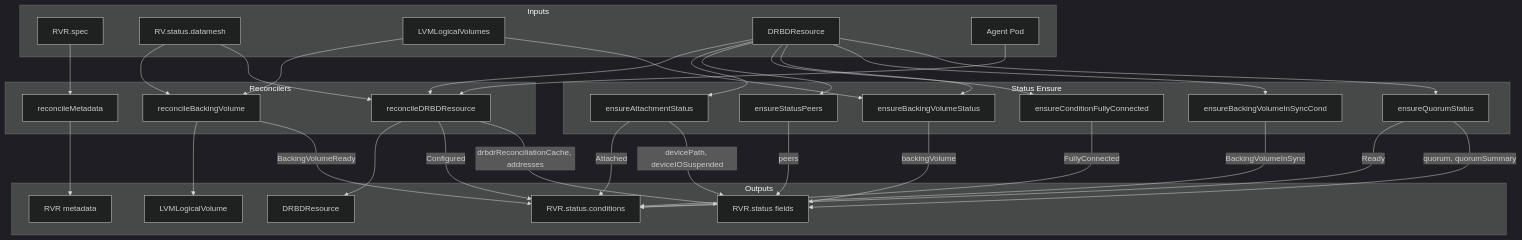
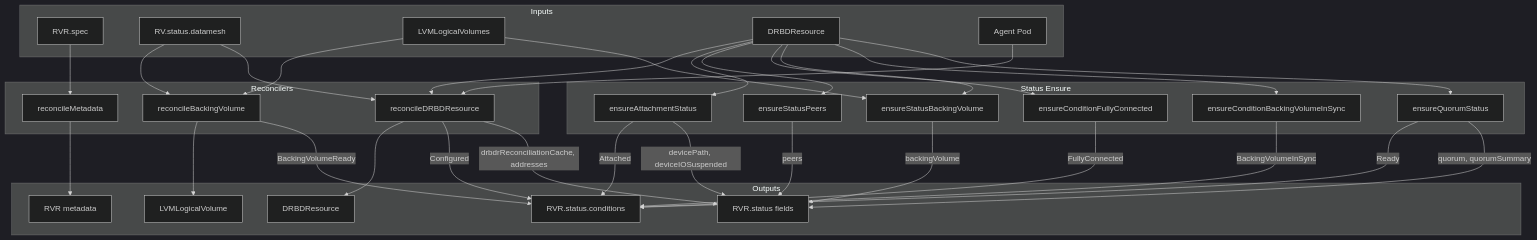
Before and after one commit to deckhouse/sds-replicated-volume: the second of 11 diagrams in images/controller/internal/controllers/rvr_controller/README.md, drawn with Mermaid (dark theme). The commit also changed other lines of this file and 2 other files, not shown here.

First line of the commit message:
[controller/rvr] Rename ensure* helpers for naming consistency

````diff
--- a/images/controller/internal/controllers/rvr_controller/README.md
+++ b/images/controller/internal/controllers/rvr_controller/README.md
@@ -427,64 +427,64 @@
 ```mermaid
 flowchart TD
     subgraph inputs [Inputs]
         RVRSpec[RVR.spec]
         RVStatus[RV.status.datamesh]
         LLVs[LVMLogicalVolumes]
         DRBDR[DRBDResource]
         AgentPod[Agent Pod]
     end
 
     subgraph reconcilers [Reconcilers]
         ReconcileMeta[reconcileMetadata]
         ReconcileBV[reconcileBackingVolume]
         ReconcileDRBD[reconcileDRBDResource]
     end
 
     subgraph statusEnsure [Status Ensure]
         EnsureAttach[ensureAttachmentStatus]
         EnsureStatusPeers[ensureStatusPeers]
         EnsureCondFC[ensureConditionFullyConnected]
-        EnsureBVStatus[ensureBackingVolumeStatus]
-        EnsureBVInSync[ensureBackingVolumeInSyncCond]
+        EnsureBVStatus[ensureStatusBackingVolume]
+        EnsureBVInSync[ensureConditionBackingVolumeInSync]
         EnsureQuorum[ensureQuorumStatus]
     end
 
     subgraph outputs [Outputs]
         RVRMeta[RVR metadata]
         RVRStatusConds[RVR.status.conditions]
         RVRStatusFields[RVR.status fields]
         LLVManaged[LVMLogicalVolume]
         DRBDRManaged[DRBDResource]
     end
 
     RVRSpec --> ReconcileMeta
     RVStatus --> ReconcileBV
     RVStatus --> ReconcileDRBD
     LLVs --> ReconcileBV
     DRBDR --> ReconcileDRBD
     AgentPod --> ReconcileDRBD
 
     ReconcileMeta --> RVRMeta
     ReconcileBV --> LLVManaged
     ReconcileBV -->|BackingVolumeReady| RVRStatusConds
     ReconcileDRBD --> DRBDRManaged
     ReconcileDRBD -->|Configured| RVRStatusConds
     ReconcileDRBD -->|drbdrReconciliationCache, addresses| RVRStatusFields
 
     DRBDR --> EnsureAttach
     DRBDR --> EnsureStatusPeers
     DRBDR --> EnsureCondFC
     DRBDR --> EnsureBVStatus
     DRBDR --> EnsureBVInSync
     DRBDR --> EnsureQuorum
     LLVs --> EnsureBVStatus
 
     EnsureAttach -->|Attached| RVRStatusConds
     EnsureAttach -->|devicePath, deviceIOSuspended| RVRStatusFields
     EnsureStatusPeers -->|peers| RVRStatusFields
     EnsureCondFC -->|FullyConnected| RVRStatusConds
     EnsureBVStatus -->|backingVolume| RVRStatusFields
     EnsureBVInSync -->|BackingVolumeInSync| RVRStatusConds
     EnsureQuorum -->|Ready| RVRStatusConds
     EnsureQuorum -->|quorum, quorumSummary| RVRStatusFields
 ```
````
